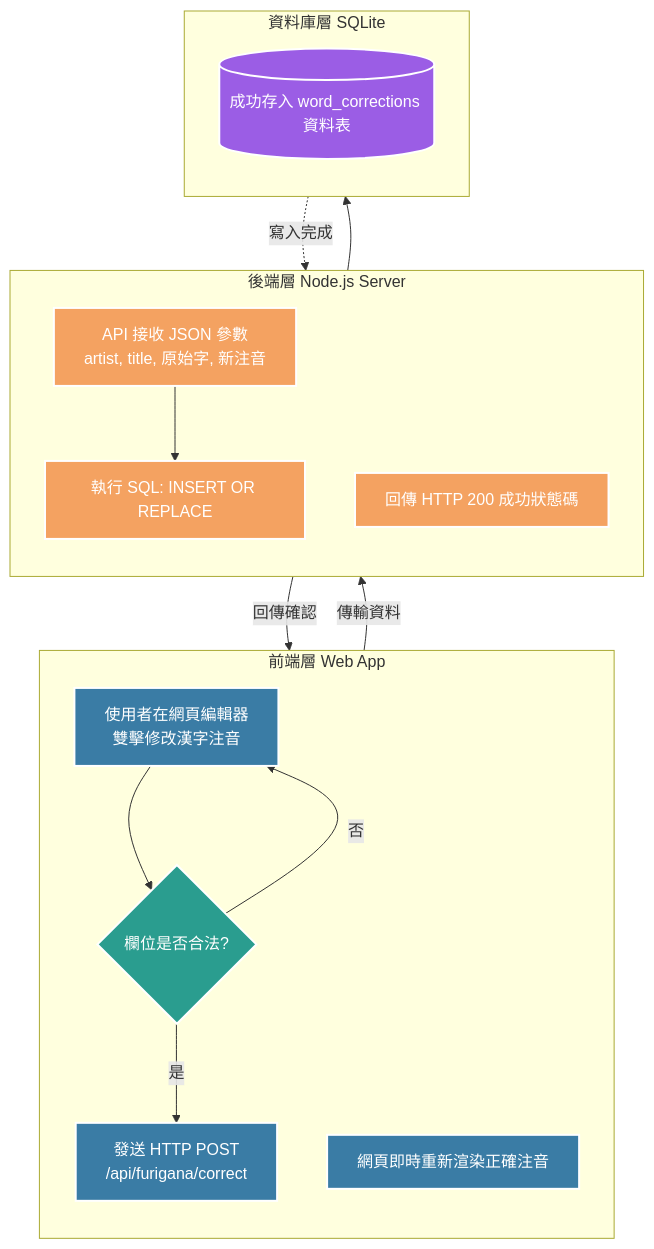
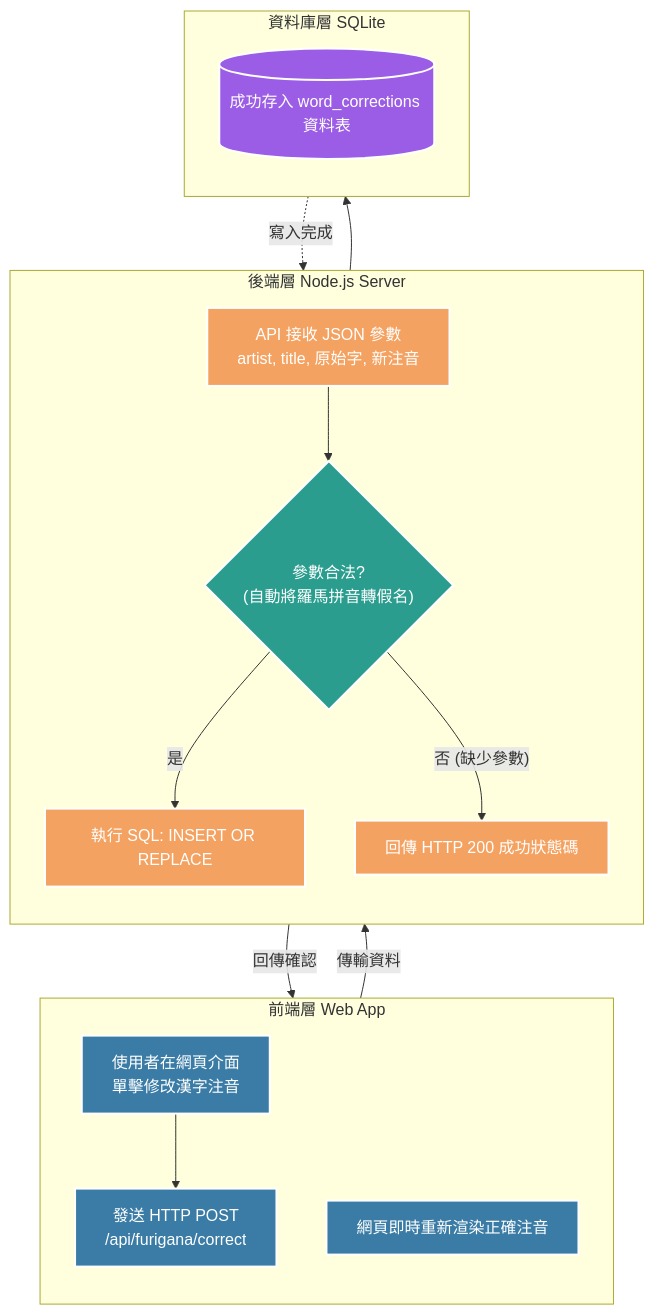
Before and after one commit to bensionfang/Kanaric: the third of 5 diagrams in README.md, drawn with Mermaid.

Commit message:
docs: correct flowchart 2 to show single click and backend validation logic

````diff
--- a/README.md
+++ b/README.md
@@ -111,36 +111,36 @@
 ```mermaid
 flowchart TD
     classDef frontend fill:#3a7ca5,stroke:#fff,stroke-width:2px,color:#fff
     classDef backend fill:#f4a261,stroke:#fff,stroke-width:2px,color:#fff
     classDef database fill:#9b5de5,stroke:#fff,stroke-width:2px,color:#fff
     classDef condition fill:#2a9d8f,stroke:#fff,stroke-width:2px,color:#fff
 
     subgraph Frontend ["前端層 Web App"]
         direction TB
-        User["使用者在網頁編輯器<br>雙擊修改漢字注音"]:::frontend
-        Cond{"欄位是否合法?"}:::condition
+        User["使用者在網頁介面<br>單擊修改漢字注音"]:::frontend
         Send["發送 HTTP POST<br>/api/furigana/correct"]:::frontend
         Update["網頁即時重新渲染正確注音"]:::frontend
     end
 
     subgraph Backend ["後端層 Node.js Server"]
         direction TB
         Recv["API 接收 JSON 參數<br>artist, title, 原始字, 新注音"]:::backend
+        Cond{"參數合法?<br>(自動將羅馬拼音轉假名)"}:::condition
         SQL["執行 SQL: INSERT OR REPLACE"]:::backend
         Res["回傳 HTTP 200 成功狀態碼"]:::backend
     end
 
     subgraph DB ["資料庫層 SQLite"]
         direction TB
         DB_Write[("成功存入 word_corrections 資料表")]:::database
     end
 
-    User --> Cond
-    Cond -- "否" --> User
-    Cond -- "是" --> Send
+    User --> Send
     Send -- "傳輸資料" --> Recv
-    Recv --> SQL
+    Recv --> Cond
+    Cond -- "是" --> SQL
+    Cond -- "否 (缺少參數)" --> Res
     SQL --> DB_Write
     DB_Write -. "寫入完成" .-> Res
     Res -- "回傳確認" --> Update
 ```
````
